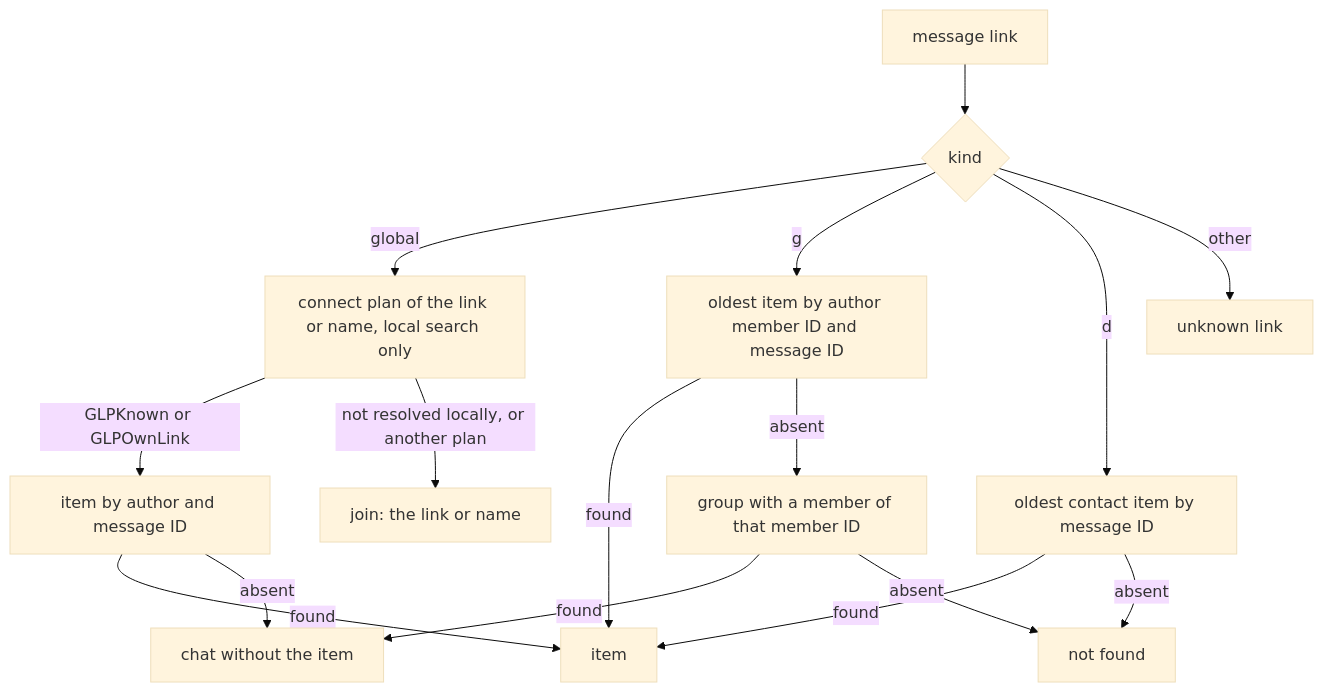
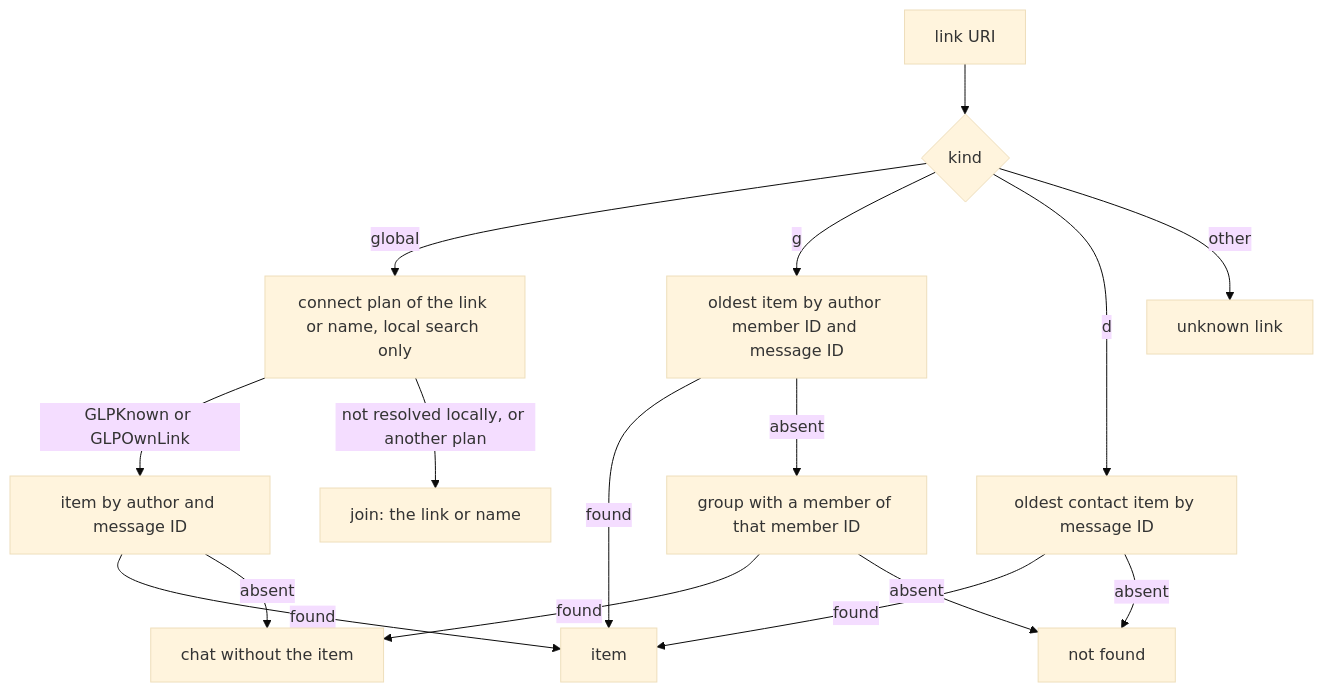
One commit to evgeny-simplex/simplex-chat changed the second of 6 diagrams in plans/2026-11-22-message-references.md. Above: the diagram before and after it, drawn with Mermaid (base theme). The commit also changed other lines of this file, not shown here.

Commit message:
core: plan short texts and same-chat references in link maps

````diff
--- a/plans/2026-11-22-message-references.md
+++ b/plans/2026-11-22-message-references.md
@@ -234,18 +287,18 @@
 ```mermaid
 flowchart TD
-  L[message link] --> K{kind}
+  L[link URI] --> K{kind}
   K -->|global| C1[connect plan of the link or name, local search only]
   C1 -->|GLPKnown or GLPOwnLink| C2[item by author and message ID]
   C1 -->|not resolved locally, or another plan| J[join: the link or name]
   C2 -->|found| I[item]
   C2 -->|absent| CH[chat without the item]
   K -->|g| G1[oldest item by author member ID and message ID]
   G1 -->|found| I
   G1 -->|absent| G2[group with a member of that member ID]
   G2 -->|found| CH
   G2 -->|absent| N[not found]
   K -->|d| D1[oldest contact item by message ID]
   D1 -->|found| I
   D1 -->|absent| N
   K -->|other| U[unknown link]
 ```
````
